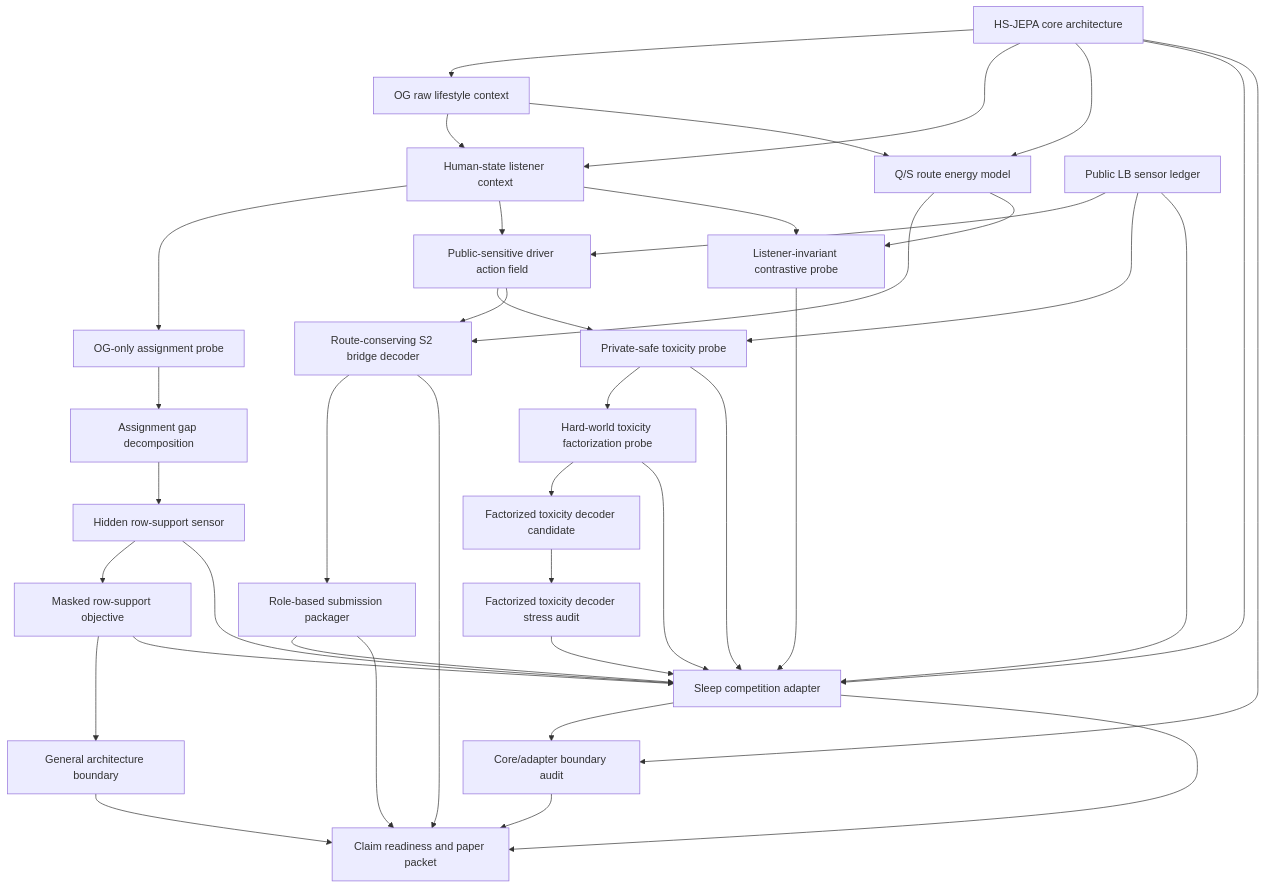
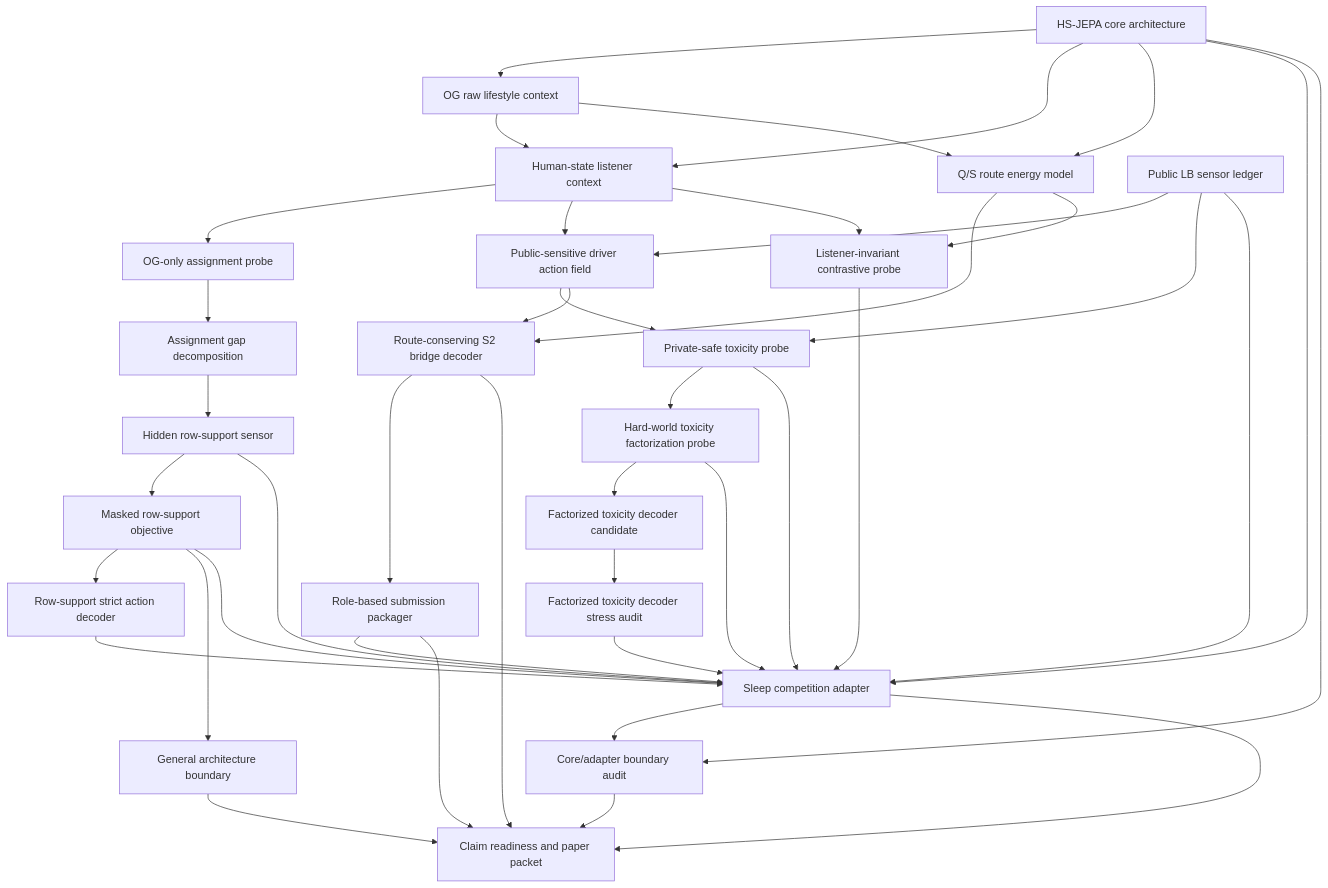
One commit to kbsooo/etri changed the diagram in team_hsjepa_end_to_end/outputs/route_conserving_s2_bridge/hsjepa_pipeline_manifest_ko.md. Above: the diagram before and after it, drawn with Mermaid. The commit also changed other lines of this file and 36 other files, not shown here.

Commit message:
feat(hsjepa): add row support strict action decoder

````diff
--- a/team_hsjepa_end_to_end/outputs/route_conserving_s2_bridge/hsjepa_pipeline_manifest_ko.md
+++ b/team_hsjepa_end_to_end/outputs/route_conserving_s2_bridge/hsjepa_pipeline_manifest_ko.md
@@ -13,41 +13,43 @@
 ```mermaid
 flowchart TD
     CORE["HS-JEPA core architecture"] --> A["OG raw lifestyle context"]
     CORE --> C["Human-state listener context"]
     CORE --> D["Q/S route energy model"]
     A["OG raw lifestyle context"] --> C["Human-state listener context"]
     A --> D["Q/S route energy model"]
     C --> P1["OG-only assignment probe"]
     P1 --> GAP["Assignment gap decomposition"]
     GAP --> RSP["Hidden row-support sensor"]
     RSP --> MRO["Masked row-support objective"]
+    MRO --> RSA["Row-support strict action decoder"]
     MRO --> GEN["General architecture boundary"]
     B["Public LB sensor ledger"] --> E["Public-sensitive driver action field"]
     C --> E
     D --> F["Route-conserving S2 bridge decoder"]
     C --> P2["Listener-invariant contrastive probe"]
     D --> P2
     B --> P3["Private-safe toxicity probe"]
     E --> P3
     P3 --> P4["Hard-world toxicity factorization probe"]
     P4 --> P5["Factorized toxicity decoder candidate"]
     P5 --> P6["Factorized toxicity decoder stress audit"]
     E --> F
     F --> G["Role-based submission packager"]
     G --> ADAPT["Sleep competition adapter"]
     CORE --> ADAPT
     B --> ADAPT
     P2 --> ADAPT
     P3 --> ADAPT
     P4 --> ADAPT
     P6 --> ADAPT
     RSP --> ADAPT
     MRO --> ADAPT
+    RSA --> ADAPT
     ADAPT --> BAUD["Core/adapter boundary audit"]
     CORE --> BAUD
     GEN --> H["Claim readiness and paper packet"]
     BAUD --> H
     ADAPT --> H["Claim readiness and paper packet"]
     G --> H["Claim readiness and paper packet"]
     F --> H
 ```
````
